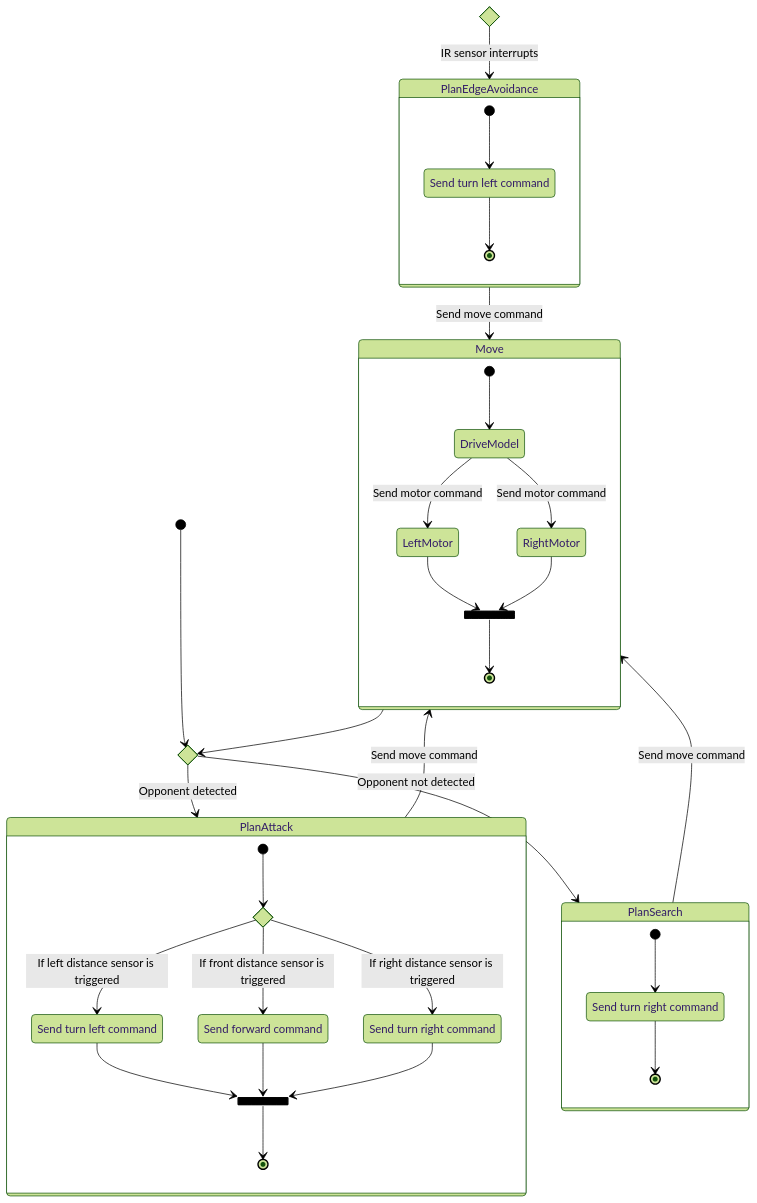
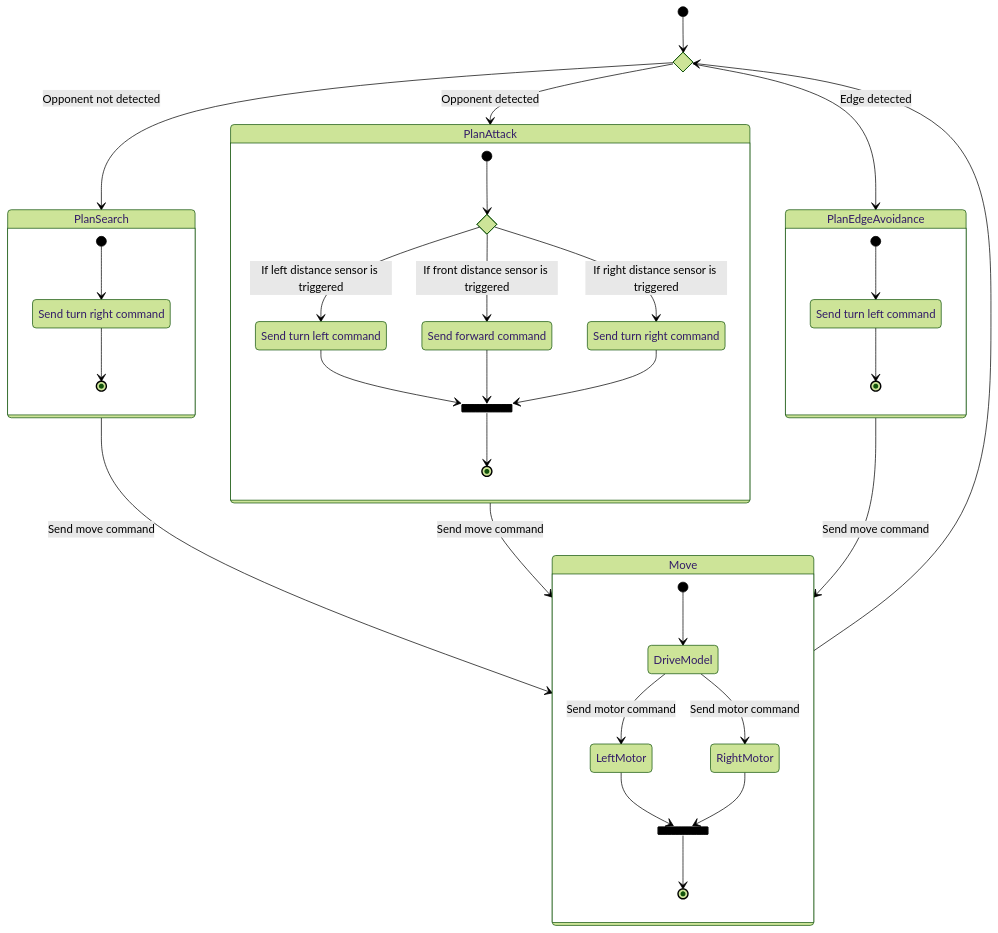
Before and after one commit to dennuguyen/sumoltaneous-equations: the diagram in sumoltaneous-equations-dev/README.md, drawn with Mermaid (forest theme).

Commit message:
Update state diagram.

````diff
--- a/sumoltaneous-equations-dev/README.md
+++ b/sumoltaneous-equations-dev/README.md
@@ -5,56 +5,54 @@
 ```mermaid
 stateDiagram-v2
-    state if_ir_sensor_interrupt <<choice>>
-    state if_distance_sensor <<choice>>
-    [*] --> if_distance_sensor
+    state if <<choice>>
+    [*] --> if
 
-    if_ir_sensor_interrupt --> PlanEdgeAvoidance: IR sensor interrupts
-
-    if_distance_sensor --> PlanAttack: Opponent detected
-    if_distance_sensor --> PlanSearch: Opponent not detected
+    if --> PlanEdgeAvoidance: Edge detected
+    if --> PlanAttack: Opponent detected
+    if --> PlanSearch: Opponent not detected
 
     state PlanSearch {
         [*] --> SearchTurnRight
         SearchTurnRight: Send turn right command
         SearchTurnRight --> [*]
     }
 
     state PlanAttack {
         state if_which_distance_sensor <<choice>>
         state join_attack_move <<join>>
         [*] --> if_which_distance_sensor
         if_which_distance_sensor --> TurnLeft: If left distance sensor is triggered
         TurnLeft: Send turn left command
         if_which_distance_sensor --> Forward: If front distance sensor is triggered
         Forward: Send forward command
         if_which_distance_sensor --> TurnRight: If right distance sensor is triggered
         TurnRight: Send turn right command
         TurnLeft --> join_attack_move
         Forward --> join_attack_move
         TurnRight --> join_attack_move
         join_attack_move --> [*]
     }
 
     state PlanEdgeAvoidance {
         [*] --> AvoidTurnLeft
         AvoidTurnLeft: Send turn left command
         AvoidTurnLeft --> [*]
     }
 
     PlanSearch --> Move: Send move command
     PlanAttack --> Move: Send move command
     PlanEdgeAvoidance --> Move: Send move command
 
     state Move {
         state join_after_move <<join>>
         [*] --> DriveModel
         DriveModel
         DriveModel --> LeftMotor: Send motor command
         DriveModel --> RightMotor: Send motor command
         LeftMotor --> join_after_move
         RightMotor --> join_after_move
         join_after_move --> [*]
     }
 
-    Move --> if_distance_sensor
+    Move --> if
 ```
````
